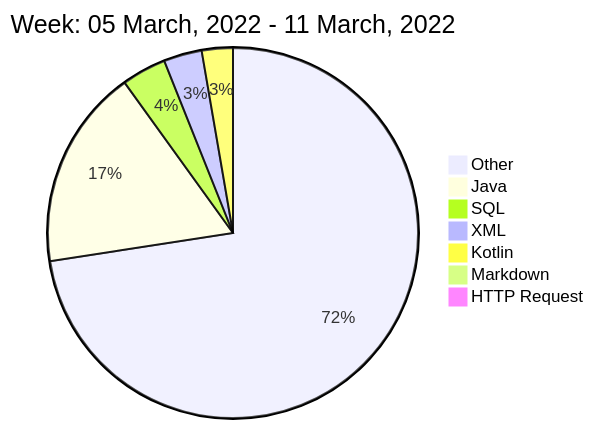
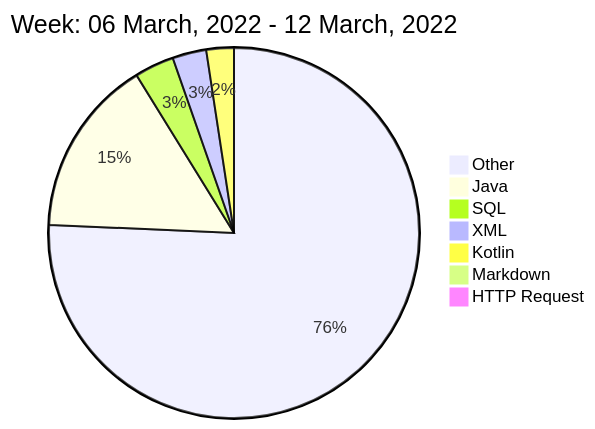
The diagram in README.md (liubin95/liubin95), drawn with Mermaid before and after one commit.

Commit message:
Updated the Graph with new Metrics

````diff
--- a/README.md
+++ b/README.md
@@ -42,11 +42,11 @@
 ```mermaid
  pie
-title Week: 05 March, 2022 - 11 March, 2022
- "Other" : 24.6
+title Week: 06 March, 2022 - 12 March, 2022
+ "Other" : 28.97
  "Java" : 5.93
  "SQL" : 1.32
  "XML" : 1.13
  "Kotlin" : 0.92
  "Markdown" : 0.03
  "HTTP Request" : 0.03
 ```
````
